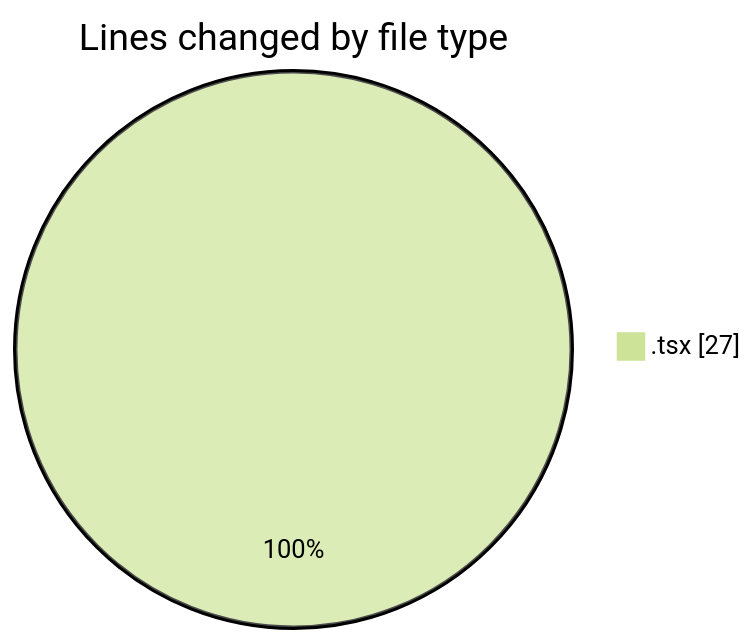
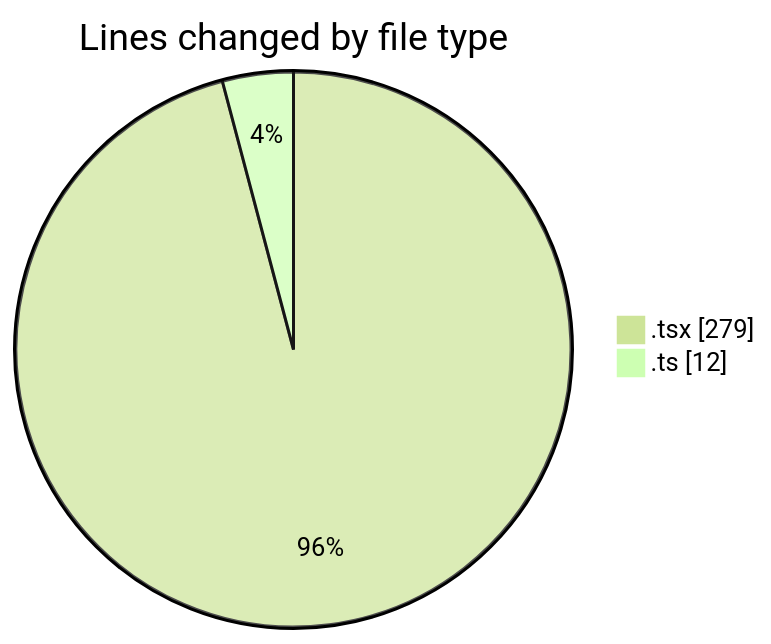
One commit to momahboobian/code-tracking changed the first of 2 diagrams in 2026-09-17/cda/README.md. Above: the diagram before and after it, drawn with Mermaid (forest theme). The commit also changed other lines of this file and 1 other file, not shown here.

````diff
--- a/2026-09-17/cda/README.md
+++ b/2026-09-17/cda/README.md
@@ -20,5 +23,6 @@
 ```mermaid
 pie showData
 title Lines changed by file type
-".tsx" : 27
+".tsx" : 279
+".ts" : 12
 ```
````
